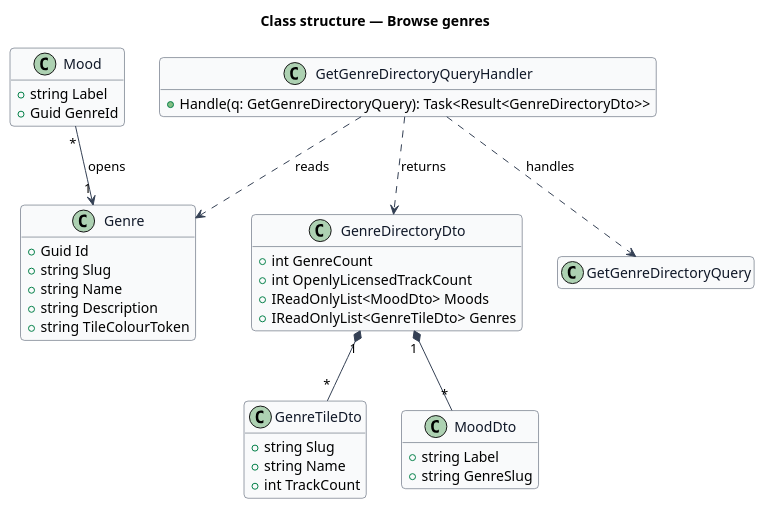
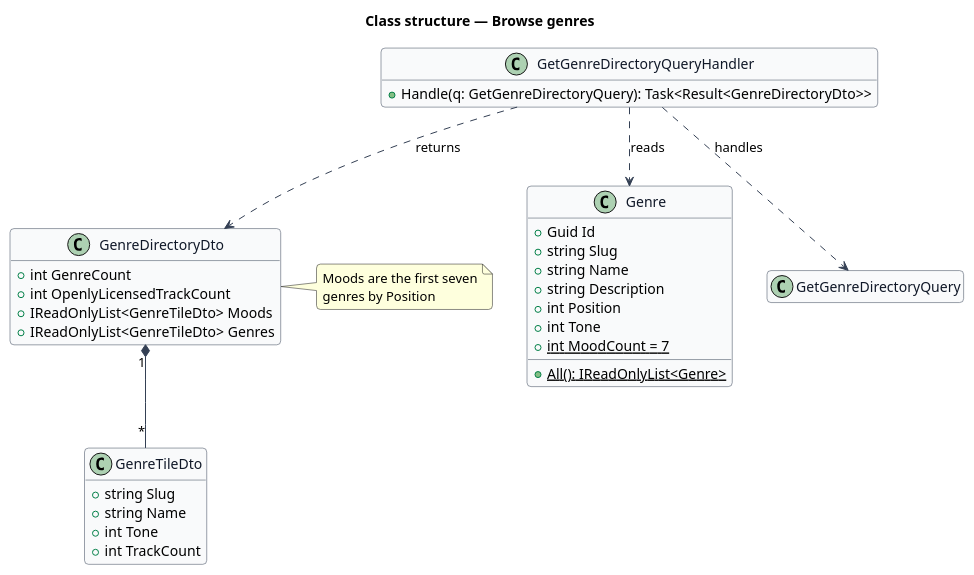
Before and after one commit to QuinntyneBrown/hummi: the diagram in docs/detailed-designs/discovery/browse-genres/diagrams/class-structure.puml, drawn with PlantUML. The commit also changed 79 other files, not shown here.

First line of the commit message:
Browse genres: Browse, genre pages, sort, Play all and Shuffle

```diff
--- a/docs/detailed-designs/discovery/browse-genres/diagrams/class-structure.puml
+++ b/docs/detailed-designs/discovery/browse-genres/diagrams/class-structure.puml
@@ -1,51 +1,46 @@
 @startuml
 skinparam backgroundColor #FFFFFF
 skinparam shadowing false
 skinparam roundcorner 8
 skinparam defaultFontName Arial
 skinparam ArrowColor #344054
 skinparam class {
   BorderColor #344054
   FontColor #101828
   BackgroundColor #F9FAFB
 }
 hide empty members
 title Class structure — Browse genres
 
 class Genre {
   +Guid Id
   +string Slug
   +string Name
   +string Description
-  +string TileColourToken
-}
-class Mood {
-  +string Label
-  +Guid GenreId
+  +int Position
+  +int Tone
+  +{static} int MoodCount = 7
+  +{static} All(): IReadOnlyList<Genre>
 }
 class GenreDirectoryDto {
   +int GenreCount
   +int OpenlyLicensedTrackCount
-  +IReadOnlyList<MoodDto> Moods
+  +IReadOnlyList<GenreTileDto> Moods
   +IReadOnlyList<GenreTileDto> Genres
 }
 class GenreTileDto {
   +string Slug
   +string Name
+  +int Tone
   +int TrackCount
-}
-class MoodDto {
-  +string Label
-  +string GenreSlug
 }
 class GetGenreDirectoryQuery
 class GetGenreDirectoryQueryHandler {
   +Handle(q: GetGenreDirectoryQuery): Task<Result<GenreDirectoryDto>>
 }
 GetGenreDirectoryQueryHandler ..> GetGenreDirectoryQuery : handles
 GetGenreDirectoryQueryHandler ..> Genre : reads
 GetGenreDirectoryQueryHandler ..> GenreDirectoryDto : returns
 GenreDirectoryDto "1" *-- "*" GenreTileDto
-GenreDirectoryDto "1" *-- "*" MoodDto
-Mood "*" --> "1" Genre : opens
+note right of GenreDirectoryDto : Moods are the first seven\ngenres by Position
 @enduml
```
